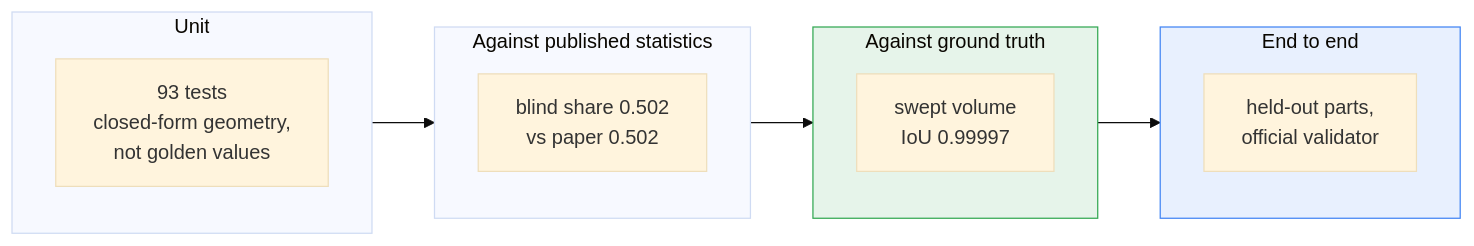
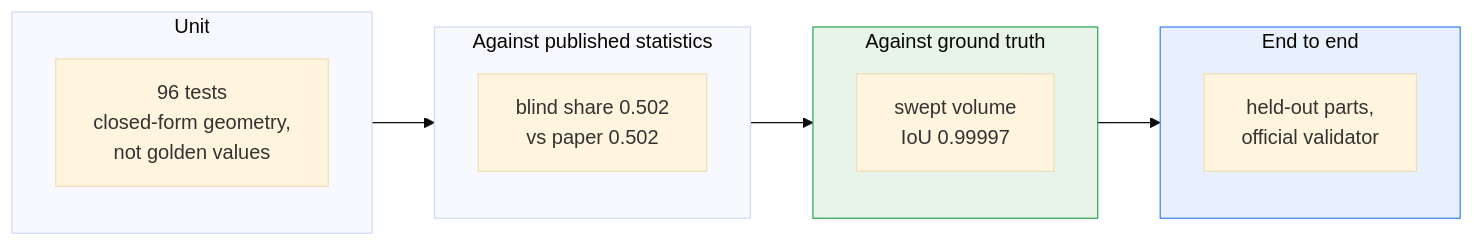
The fifth of 8 diagrams in solution/docs/METHODOLOGY.md (FelixMatrixar/ASME-CIE-Student-Hackathon-2026-NeuroGO), drawn with Mermaid (base theme) before and after one commit. The commit also changed other lines of this file and 5 other files, not shown here.

````diff
--- a/solution/docs/METHODOLOGY.md
+++ b/solution/docs/METHODOLOGY.md
@@ -202,19 +259,19 @@
 ```mermaid
 flowchart LR
     subgraph L1["Unit"]
-        U["93 tests<br/>closed-form geometry,<br/>not golden values"]
+        U["96 tests<br/>closed-form geometry,<br/>not golden values"]
     end
     subgraph L2["Against published statistics"]
         S["blind share 0.502<br/>vs paper 0.502"]
     end
     subgraph L3["Against ground truth"]
         G["swept volume<br/>IoU 0.99997"]
     end
     subgraph L4["End to end"]
         E["held-out parts,<br/>official validator"]
     end
     L1 --> L2 --> L3 --> L4
 
     style L3 fill:#e6f4ea,stroke:#34a853
     style L4 fill:#e8f0fe,stroke:#4285f4
 ```
````
